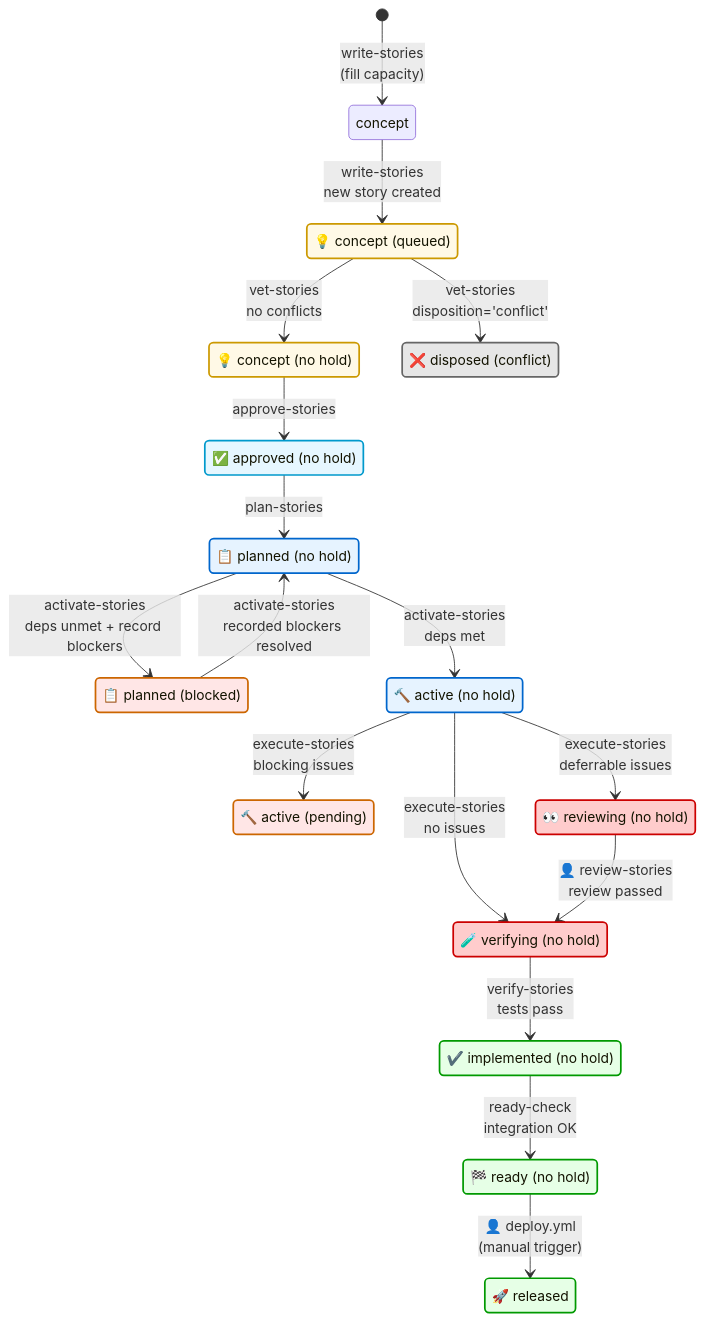
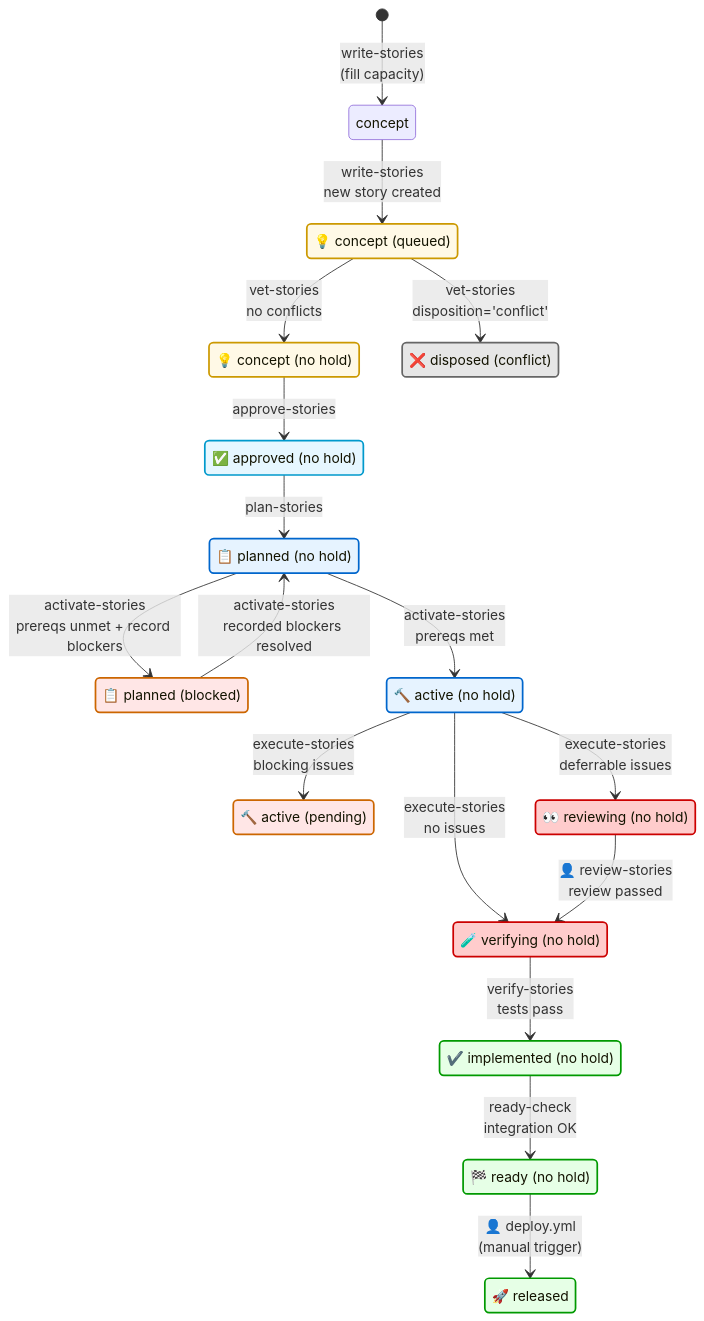
The first of 4 diagrams in .claude/skills/story-tree/references/orchestrator-workflow-complete.md (Mharbulous/SyncoPaid), drawn with Mermaid before and after one commit. The commit also changed other lines of this file and 3 other files, not shown here.

````diff
--- a/.claude/skills/story-tree/references/orchestrator-workflow-complete.md
+++ b/.claude/skills/story-tree/references/orchestrator-workflow-complete.md
@@ -29,63 +29,63 @@
 ```mermaid
 stateDiagram-v2
     direction TB
 
     [*] --> concept: write-stories<br/>(fill capacity)
 
     state "💡 concept (queued)" as CONCEPT_QUEUED
     state "💡 concept (no hold)" as CONCEPT
     state "✅ approved (no hold)" as APPROVED
     state "📋 planned (no hold)" as PLANNED
     state "📋 planned (blocked)" as PLANNED_BLOCKED
     state "🔨 active (no hold)" as ACTIVE
     state "🔨 active (pending)" as ACTIVE_PENDING
     state "👀 reviewing (no hold)" as REVIEWING
     state "🧪 verifying (no hold)" as VERIFYING
     state "✔️ implemented (no hold)" as IMPLEMENTED
     state "🏁 ready (no hold)" as READY
     state "🚀 released" as RELEASED
     state "❌ disposed (conflict)" as DISPOSED
 
     concept --> CONCEPT_QUEUED: write-stories<br/>new story created
 
     CONCEPT_QUEUED --> CONCEPT: vet-stories<br/>no conflicts
     CONCEPT_QUEUED --> DISPOSED: vet-stories<br/>disposition='conflict'
 
     CONCEPT --> APPROVED: approve-stories
 
     APPROVED --> PLANNED: plan-stories
 
-    PLANNED --> ACTIVE: activate-stories<br/>deps met
-    PLANNED --> PLANNED_BLOCKED: activate-stories<br/>deps unmet + record blockers
+    PLANNED --> ACTIVE: activate-stories<br/>prereqs met
+    PLANNED --> PLANNED_BLOCKED: activate-stories<br/>prereqs unmet + record blockers
     PLANNED_BLOCKED --> PLANNED: activate-stories<br/>recorded blockers resolved
 
     ACTIVE --> REVIEWING: execute-stories<br/>deferrable issues
     ACTIVE --> VERIFYING: execute-stories<br/>no issues
     ACTIVE --> ACTIVE_PENDING: execute-stories<br/>blocking issues
 
     REVIEWING --> VERIFYING: 👤 review-stories<br/>review passed
 
     VERIFYING --> IMPLEMENTED: verify-stories<br/>tests pass
 
     IMPLEMENTED --> READY: ready-check<br/>integration OK
 
     READY --> RELEASED: 👤 deploy.yml<br/>(manual trigger)
 
     %% Semantic class definitions for stage types
     classDef conceptStage fill:#fff9e6,stroke:#cc9900,stroke-width:2px
     classDef approvedStage fill:#e6f7ff,stroke:#0099cc,stroke-width:2px
     classDef workingStage fill:#e6f3ff,stroke:#0066cc,stroke-width:2px
     classDef reviewStage fill:#ffcccc,stroke:#cc0000,stroke-width:2px
     classDef doneStage fill:#e6ffe6,stroke:#009900,stroke-width:2px
     classDef blockedStage fill:#ffe6e6,stroke:#cc6600,stroke-width:2px
     classDef disposedStage fill:#e6e6e6,stroke:#666666,stroke-width:2px
 
     %% Apply classes to states by stage type
     class CONCEPT_QUEUED,CONCEPT conceptStage
     class APPROVED approvedStage
     class PLANNED,ACTIVE workingStage
     class PLANNED_BLOCKED,ACTIVE_PENDING blockedStage
     class REVIEWING,VERIFYING reviewStage
     class IMPLEMENTED,READY,RELEASED doneStage
     class DISPOSED disposedStage
 ```
````
